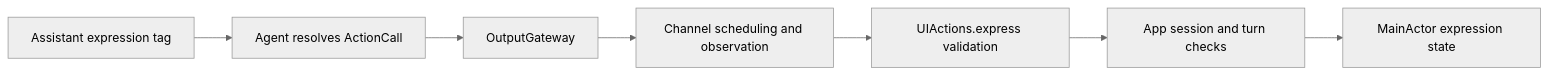
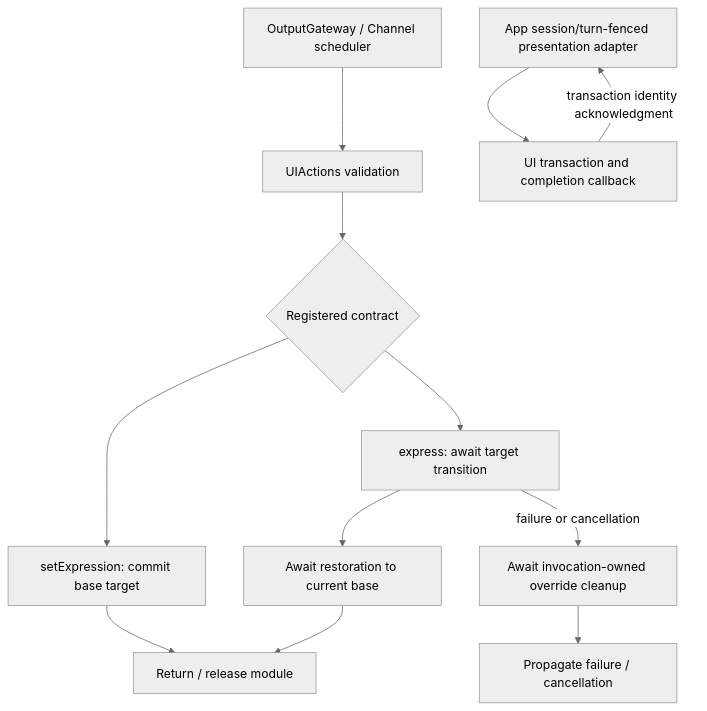
One commit to devilyouwei/MobileHarness changed the diagram in MobileHarness/Actions/UI/README.md. Above: the diagram before and after it, drawn with Mermaid (neutral theme). The commit also changed other lines of this file and 33 other files, not shown here.

````diff
--- a/MobileHarness/Actions/UI/README.md
+++ b/MobileHarness/Actions/UI/README.md
@@ -12,9 +12,14 @@
 ```mermaid
-flowchart LR
-    Model[Assistant expression tag] --> Resolve[Agent resolves ActionCall]
-    Resolve --> Gateway[OutputGateway]
-    Gateway --> Scheduler[Channel scheduling and observation]
-    Scheduler --> Validate[UIActions.express validation]
-    Validate --> Endpoint[App session and turn checks]
-    Endpoint --> State[MainActor expression state]
+flowchart TD
+    Gateway[OutputGateway / Channel scheduler] --> Entry[UIActions validation]
+    Entry --> Kind{Registered contract}
+    Kind --> Set[setExpression: commit base target]
+    Kind --> Perform[express: await target transition]
+    Perform --> Restore[Await restoration to current base]
+    Restore --> Done[Return / release module]
+    Set --> Done
+    Perform -->|failure or cancellation| Cleanup[Await invocation-owned override cleanup]
+    Cleanup --> Failure[Propagate failure / cancellation]
+    App[App session/turn-fenced presentation adapter] --> Render[UI transaction and completion callback]
+    Render -->|transaction identity acknowledgment| App
 ```
````
